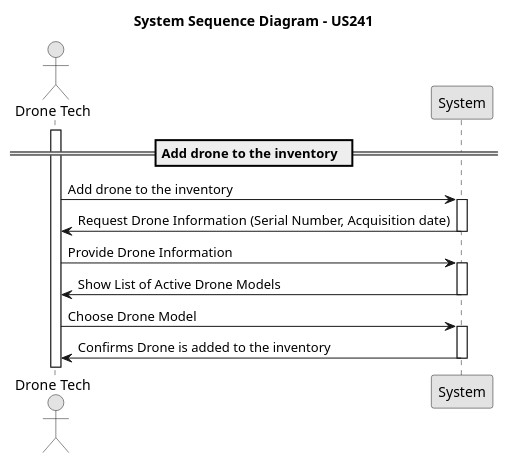
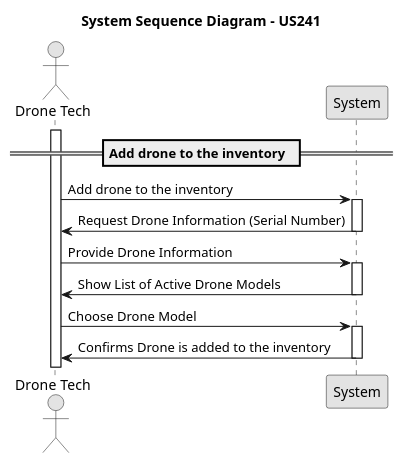
The diagram in docs/Sprint2/us_241/diagrams/system-sequence-diagram-US241.puml (rubenFreitas1/ISEP-LAPR4-2024-2025), drawn with PlantUML before and after one commit. The commit also changed 9 other files, not shown here.

```diff
--- a/docs/Sprint2/us_241/diagrams/system-sequence-diagram-US241.puml
+++ b/docs/Sprint2/us_241/diagrams/system-sequence-diagram-US241.puml
@@ -1,35 +1,35 @@
 @startuml
 skinparam monochrome true
 skinparam packageStyle rectangle
 skinparam shadowing false
 
 actor "Drone Tech" as droneTech
 participant "System" as system
 
 title System Sequence Diagram - US241
 
 == Add drone to the inventory  ==
 activate droneTech
 
 droneTech -> system : Add drone to the inventory
 activate system
 
-system -> droneTech : Request Drone Information (Serial Number, Acquisition date)
+system -> droneTech : Request Drone Information (Serial Number)
 deactivate system
 droneTech -> system : Provide Drone Information
 
 activate system
 
 system -> droneTech : Show List of Active Drone Models
 
 deactivate system
 droneTech -> system : Choose Drone Model
 
 activate system
 
 system -> droneTech : Confirms Drone is added to the inventory
 deactivate system
 
 
 
 @enduml
```
